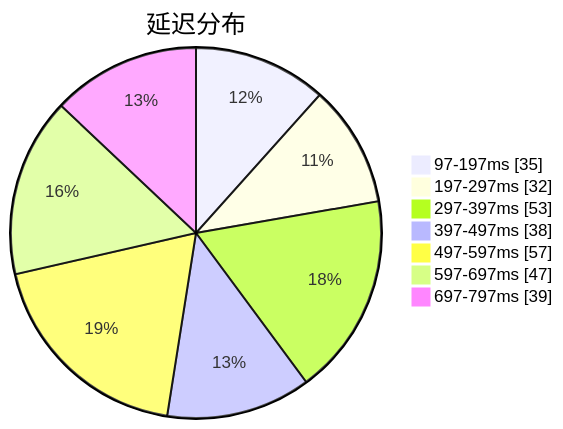
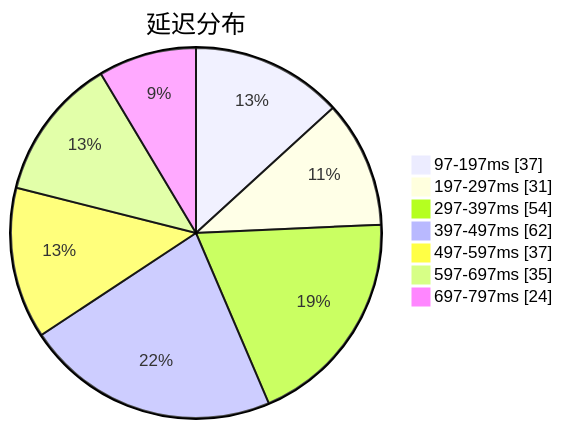
Before and after one commit to sinspired/airport: the first of 3 diagrams in subs/statistics/tested_within.md, drawn with Mermaid. The commit also changed other lines of this file and 2 other files, not shown here.

````diff
--- a/subs/statistics/tested_within.md
+++ b/subs/statistics/tested_within.md
@@ -2,11 +2,11 @@
 ```mermaid
 pie showData
 title 延迟分布
-"97-197ms" : 35
-"197-297ms" : 32
-"297-397ms" : 53
-"397-497ms" : 38
-"497-597ms" : 57
-"597-697ms" : 47
-"697-797ms" : 39
+"97-197ms" : 37
+"197-297ms" : 31
+"297-397ms" : 54
+"397-497ms" : 62
+"497-597ms" : 37
+"597-697ms" : 35
+"697-797ms" : 24
 ```
````
